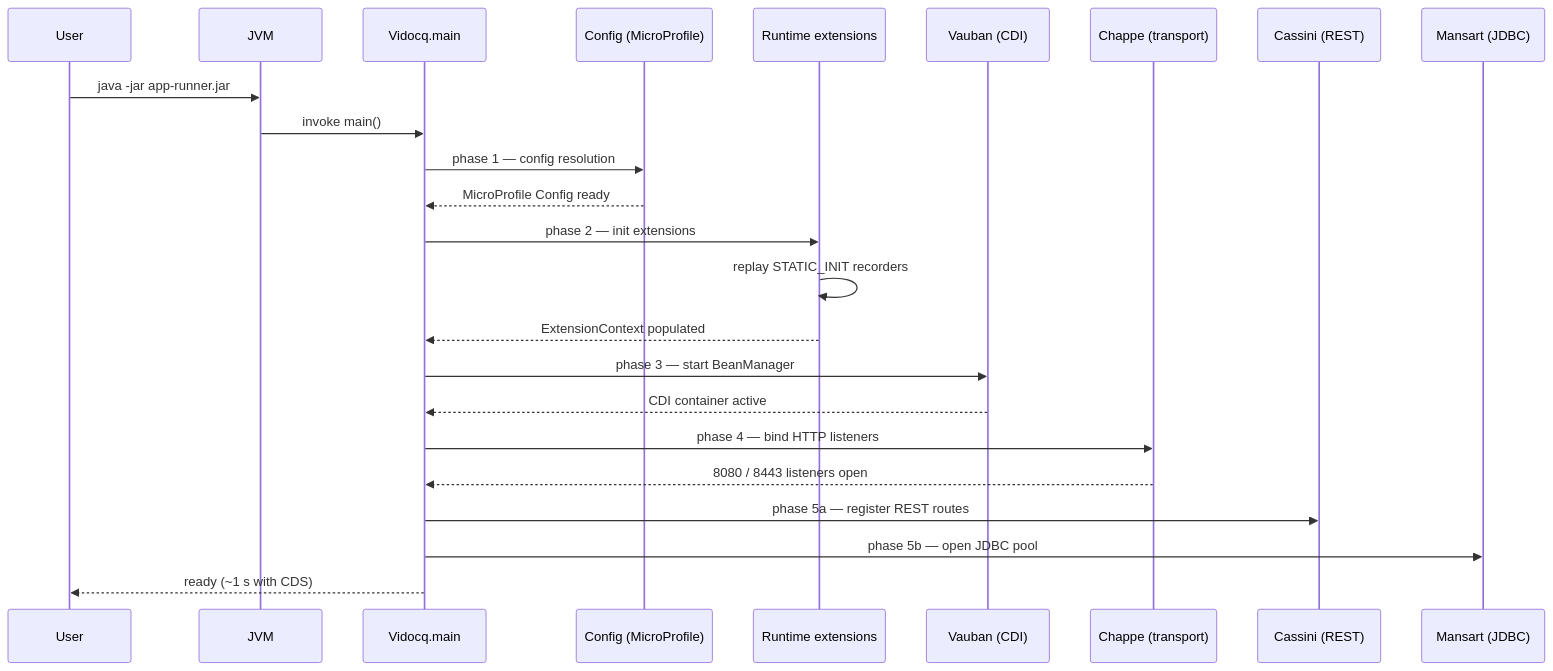
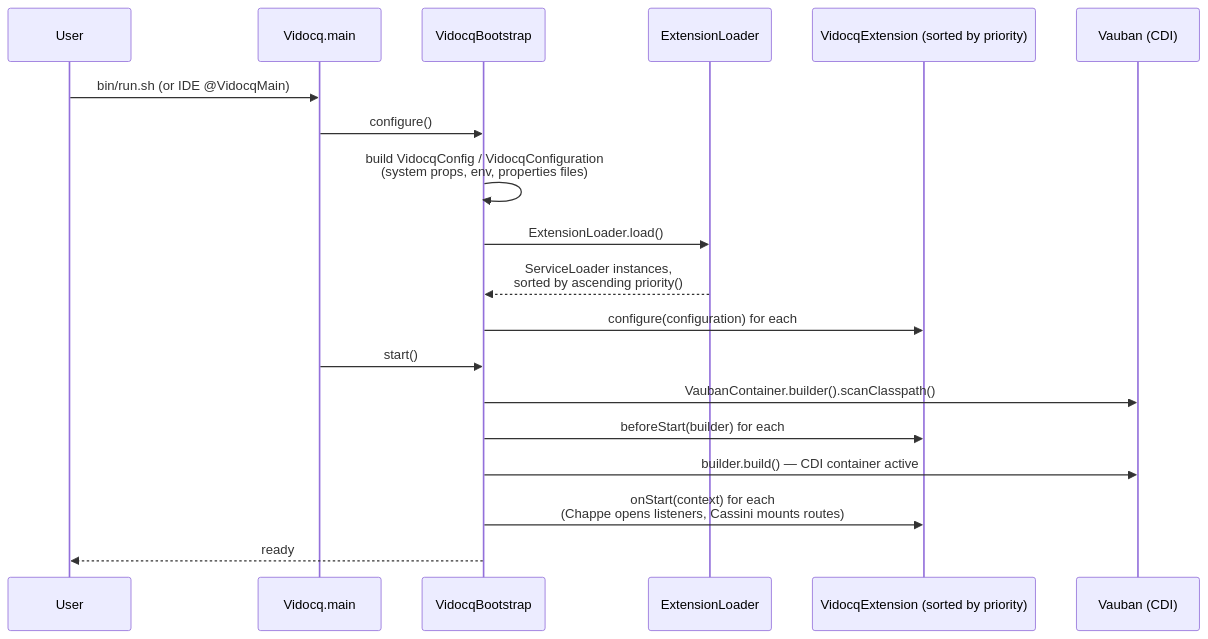
The third of 3 diagrams in docs/en/modules/ROOT/pages/internals.adoc (vidocq-stack/vidocq), drawn with Mermaid before and after one commit. The commit also changed other lines of this file and 10 other files, not shown here.

```diff
--- a/docs/en/modules/ROOT/pages/internals.adoc
+++ b/docs/en/modules/ROOT/pages/internals.adoc
@@ -77,28 +75,23 @@
 [mermaid]
 ....
 sequenceDiagram
     participant U as User
-    participant J as JVM
     participant V as Vidocq.main
-    participant CFG as Config (MicroProfile)
-    participant EXT as Runtime extensions
+    participant B as VidocqBootstrap
+    participant L as ExtensionLoader
+    participant EXT as VidocqExtension (sorted by priority)
     participant VAU as Vauban (CDI)
-    participant CHA as Chappe (transport)
-    participant CAS as Cassini (REST)
-    participant MAN as Mansart (JDBC)
 
-    U->>J: java -jar app-runner.jar
-    J->>V: invoke main()
-    V->>CFG: phase 1 — config resolution
-    CFG-->>V: MicroProfile Config ready
-    V->>EXT: phase 2 — init extensions
-    EXT->>EXT: replay STATIC_INIT recorders
-    EXT-->>V: ExtensionContext populated
-    V->>VAU: phase 3 — start BeanManager
-    VAU-->>V: CDI container active
-    V->>CHA: phase 4 — bind HTTP listeners
-    CHA-->>V: 8080 / 8443 listeners open
-    V->>CAS: phase 5a — register REST routes
-    V->>MAN: phase 5b — open JDBC pool
-    V-->>U: ready (~1 s with CDS)
+    U->>V: bin/run.sh (or IDE @VidocqMain)
+    V->>B: configure()
+    B->>B: build VidocqConfig / VidocqConfiguration<br/>(system props, env, properties files)
+    B->>L: ExtensionLoader.load()
+    L-->>B: ServiceLoader instances,<br/>sorted by ascending priority()
+    B->>EXT: configure(configuration) for each
+    V->>B: start()
+    B->>VAU: VaubanContainer.builder().scanClasspath()
+    B->>EXT: beforeStart(builder) for each
+    B->>VAU: builder.build() — CDI container active
+    B->>EXT: onStart(context) for each<br/>(Chappe opens listeners, Cassini mounts routes)
+    B-->>U: ready
 ....
```
